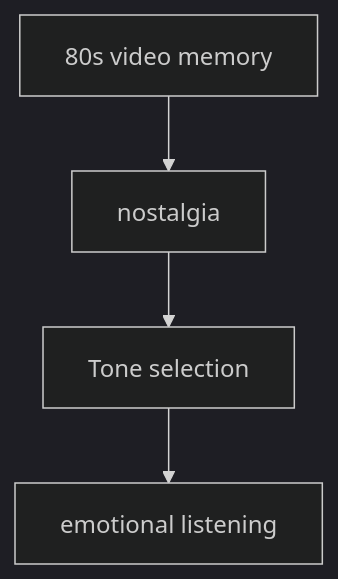
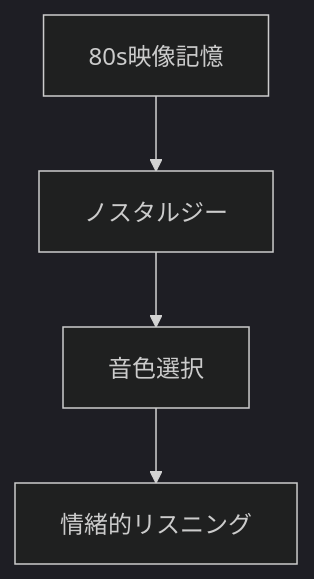
One commit to monumental-movement/monumental-movement.github.io changed the diagram in en/_posts/2026-01-08-column-dreamwave-chill-synthwave.md. Above: the diagram before and after it, drawn with Mermaid (dark theme). The commit also changed other lines of this file and 2196 other files, not shown here.

```diff
--- a/en/_posts/2026-01-08-column-dreamwave-chill-synthwave.md
+++ b/en/_posts/2026-01-08-column-dreamwave-chill-synthwave.md
@@ -73,6 +73,6 @@
 <div class="mermaid">
 flowchart TD
-A[80s video memory] --> B[nostalgia]
-B --> C[Tone selection]
-C --> D[emotional listening]
+A[80s映像記憶] --> B[ノスタルジー]
+B --> C[音色選択]
+C --> D[情緒的リスニング]
 </div>
```
